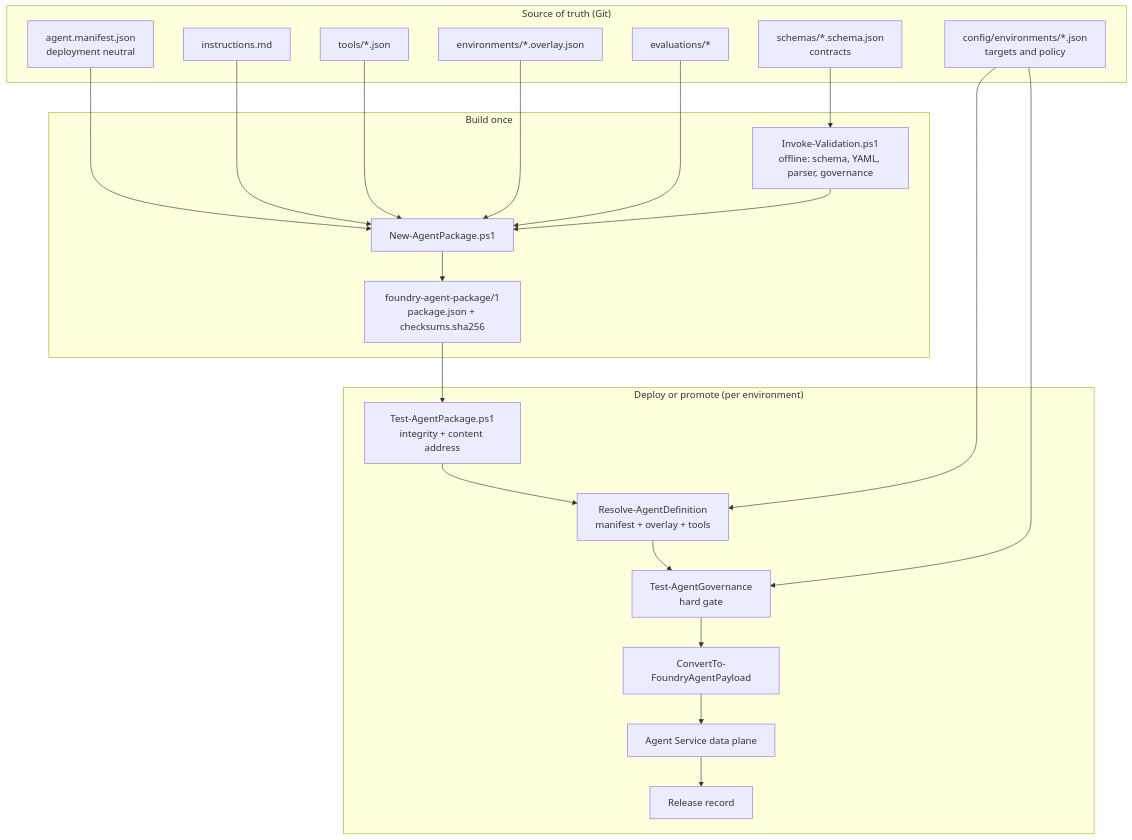
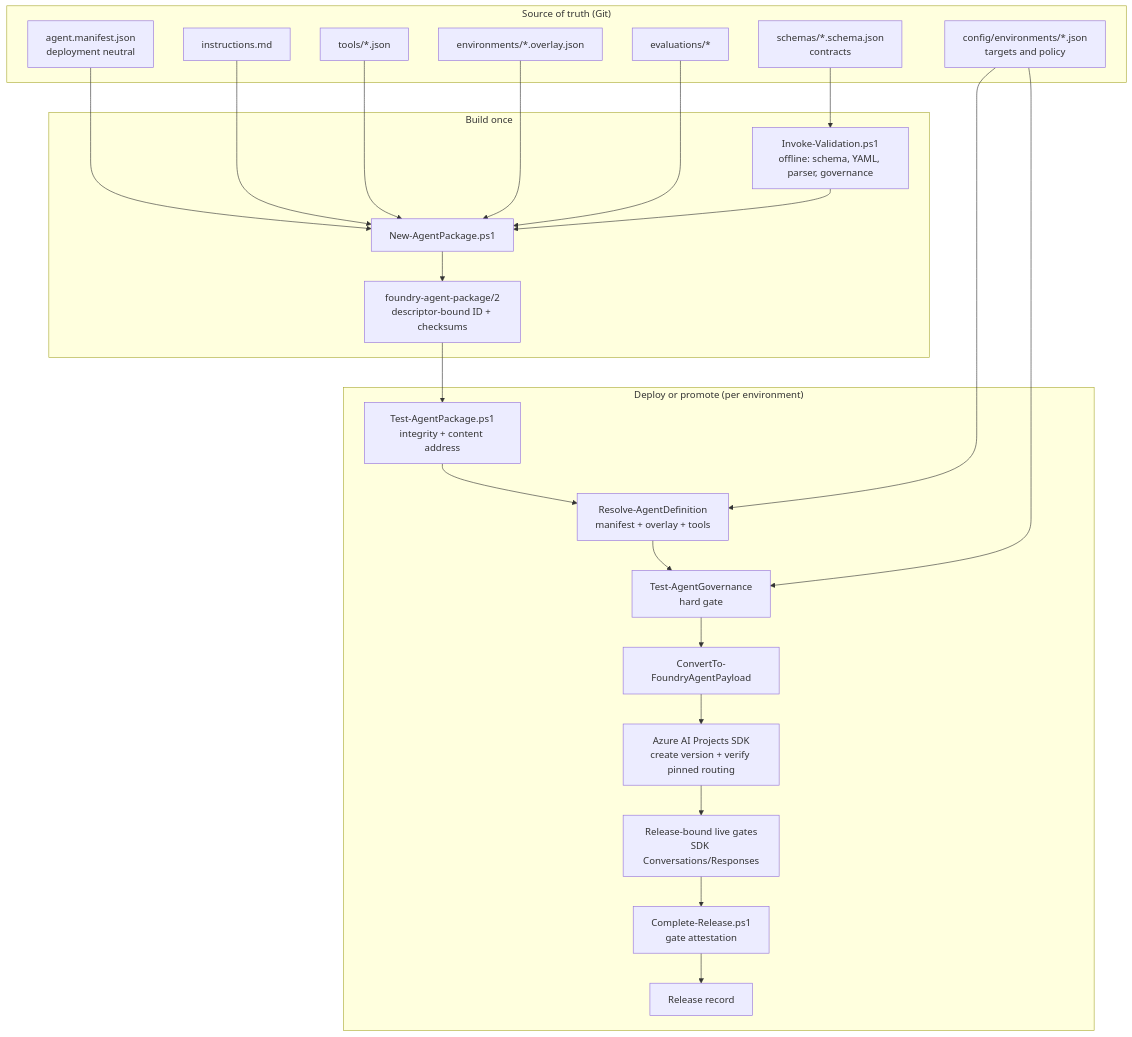
The first of 7 diagrams in docs/architecture.md (rob-mckenna/foundry-prompt-agent-cicd-accelerator), drawn with Mermaid before and after one commit. The commit also changed other lines of this file and 56 other files, not shown here.

First line of the commit message:
feat: migrate Foundry SDK and strengthen release safeguards

````diff
--- a/docs/architecture.md
+++ b/docs/architecture.md
@@ -29,40 +32,41 @@
 ```mermaid
 flowchart TB
     subgraph SRC["Source of truth (Git)"]
         M["agent.manifest.json<br/>deployment neutral"]
         I["instructions.md"]
         T["tools/*.json"]
         O["environments/*.overlay.json"]
         E["evaluations/*"]
         C["config/environments/*.json<br/>targets and policy"]
         S["schemas/*.schema.json<br/>contracts"]
     end
 
     subgraph BUILD["Build once"]
         V["Invoke-Validation.ps1<br/>offline: schema, YAML, parser, governance"]
         P["New-AgentPackage.ps1"]
-        PKG["foundry-agent-package/1<br/>package.json + checksums.sha256"]
+        PKG["foundry-agent-package/2<br/>descriptor-bound ID + checksums"]
     end
 
     subgraph DEPLOY["Deploy or promote (per environment)"]
         VP["Test-AgentPackage.ps1<br/>integrity + content address"]
         R["Resolve-AgentDefinition<br/>manifest + overlay + tools"]
         G["Test-AgentGovernance<br/>hard gate"]
         X["ConvertTo-FoundryAgentPayload"]
-        API["Agent Service data plane"]
+        API["Azure AI Projects SDK<br/>create version + verify pinned routing"]
+        GT["Release-bound live gates<br/>SDK Conversations/Responses"]
+        ATT["Complete-Release.ps1<br/>gate attestation"]
         REC["Release record"]
     end
 
     M --> P
     I --> P
     T --> P
     O --> P
     E --> P
     S --> V
     V --> P
     P --> PKG
-    PKG --> VP --> R --> G --> X --> API
+    PKG --> VP --> R --> G --> X --> API --> GT --> ATT --> REC
     C --> R
     C --> G
-    API --> REC
 ```
````
